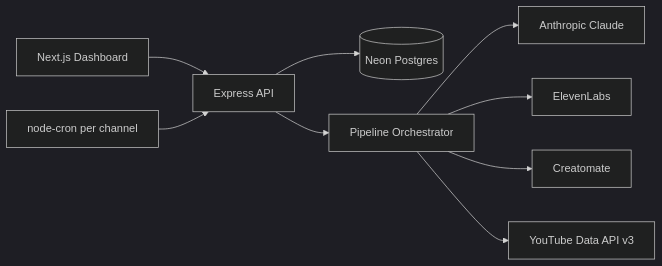
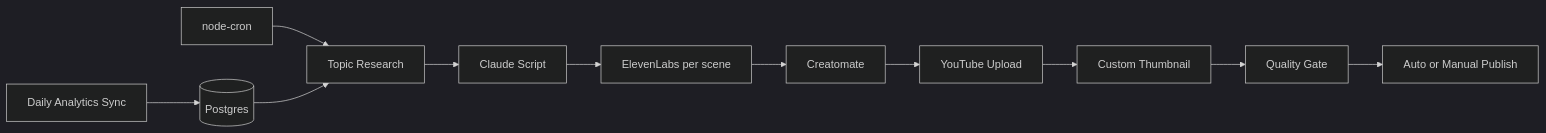
Before and after one commit to calwhel/youtube-: the diagram in README.md, drawn with Mermaid (dark theme). The commit also changed other lines of this file and 26 other files, not shown here.

First line of the commit message:
Add growth pipeline: topic research, retention scripts, thumbnails, analytics

````diff
--- a/README.md
+++ b/README.md
@@ -7,11 +18,13 @@
 ```mermaid
 flowchart LR
-  Dashboard[Next.js Dashboard] --> API[Express API]
-  Cron[node-cron per channel] --> API
-  API --> DB[(Neon Postgres)]
-  API --> Pipeline[Pipeline Orchestrator]
-  Pipeline --> LLM[Anthropic Claude]
-  Pipeline --> Voice[ElevenLabs]
-  Pipeline --> Video[Creatomate]
-  Pipeline --> YT[YouTube Data API v3]
+  Cron[node-cron] --> Research[Topic Research]
+  Research --> LLM[Claude Script]
+  LLM --> Voice[ElevenLabs per scene]
+  Voice --> Video[Creatomate]
+  Video --> YT[YouTube Upload]
+  YT --> Thumb[Custom Thumbnail]
+  Thumb --> QG[Quality Gate]
+  QG --> Pub[Auto or Manual Publish]
+  Analytics[Daily Analytics Sync] --> DB[(Postgres)]
+  DB --> Research
 ```
````
